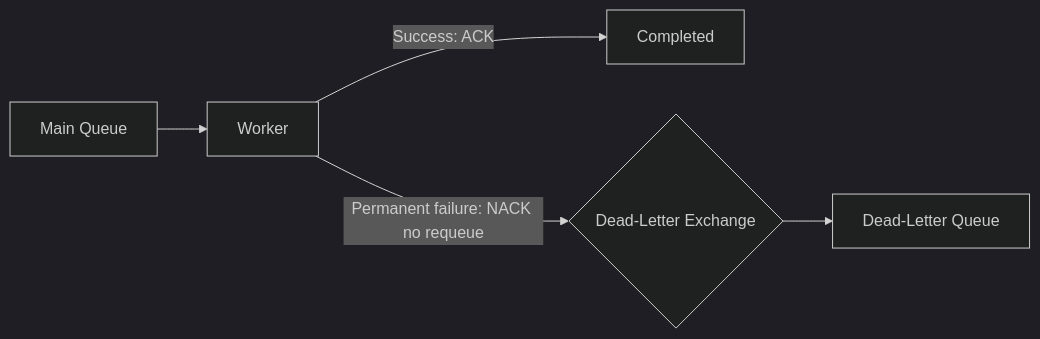
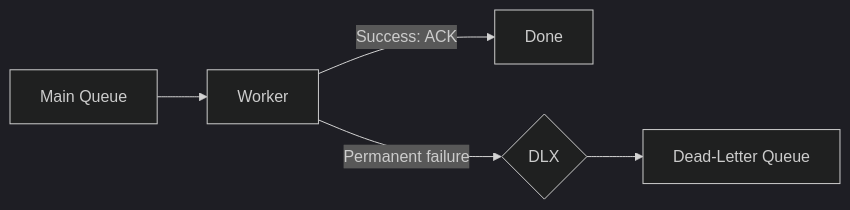
The tenth of 16 diagrams in src/content/task-processing/message-brokers-redis-rabbitmq-sqs.md (AvadhBhalodiya/Interview-Preparation), drawn with Mermaid (dark theme) before and after one commit. The commit also changed other lines of this file and 80 other files, not shown here.

````diff
--- a/src/content/task-processing/message-brokers-redis-rabbitmq-sqs.md
+++ b/src/content/task-processing/message-brokers-redis-rabbitmq-sqs.md
@@ -888,7 +434,7 @@
 ```mermaid
 flowchart LR
     Q[Main Queue] --> W[Worker]
-    W -->|Success: ACK| DONE[Completed]
-    W -->|Permanent failure: NACK no requeue| DLX{Dead-Letter Exchange}
+    W -->|Success: ACK| D[Done]
+    W -->|Permanent failure| DLX{DLX}
     DLX --> DLQ[Dead-Letter Queue]
 ```
````
